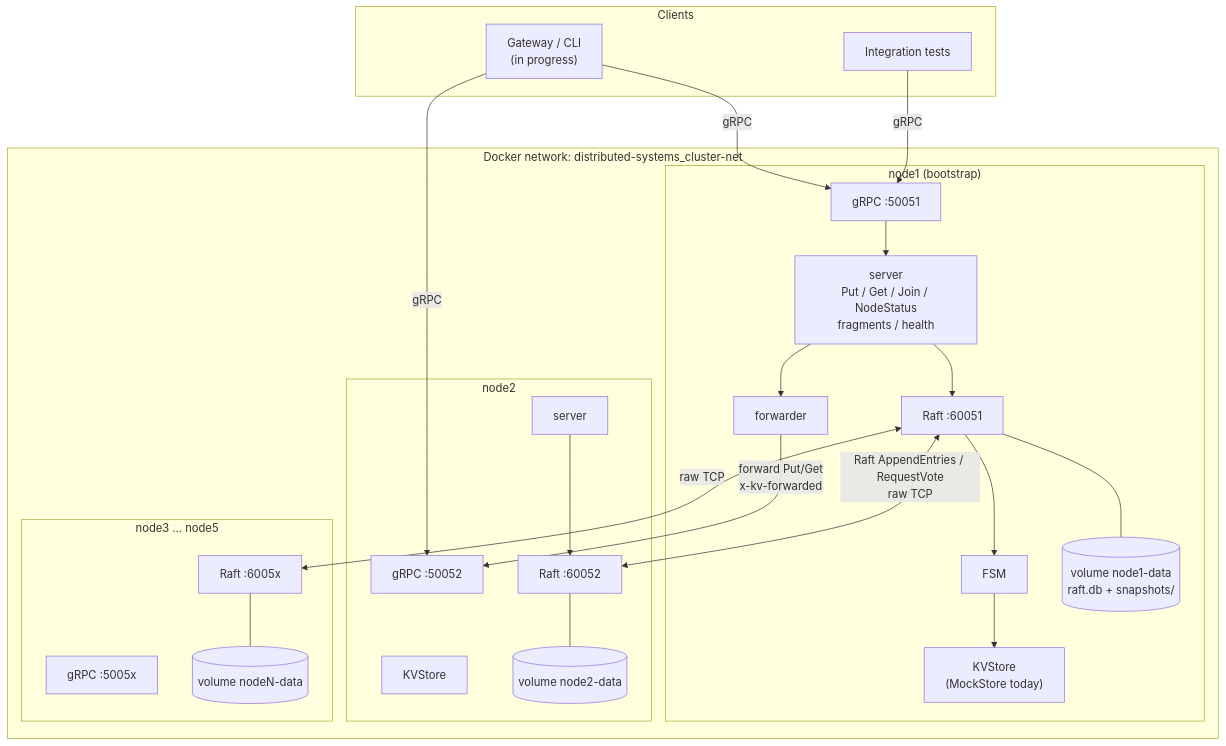
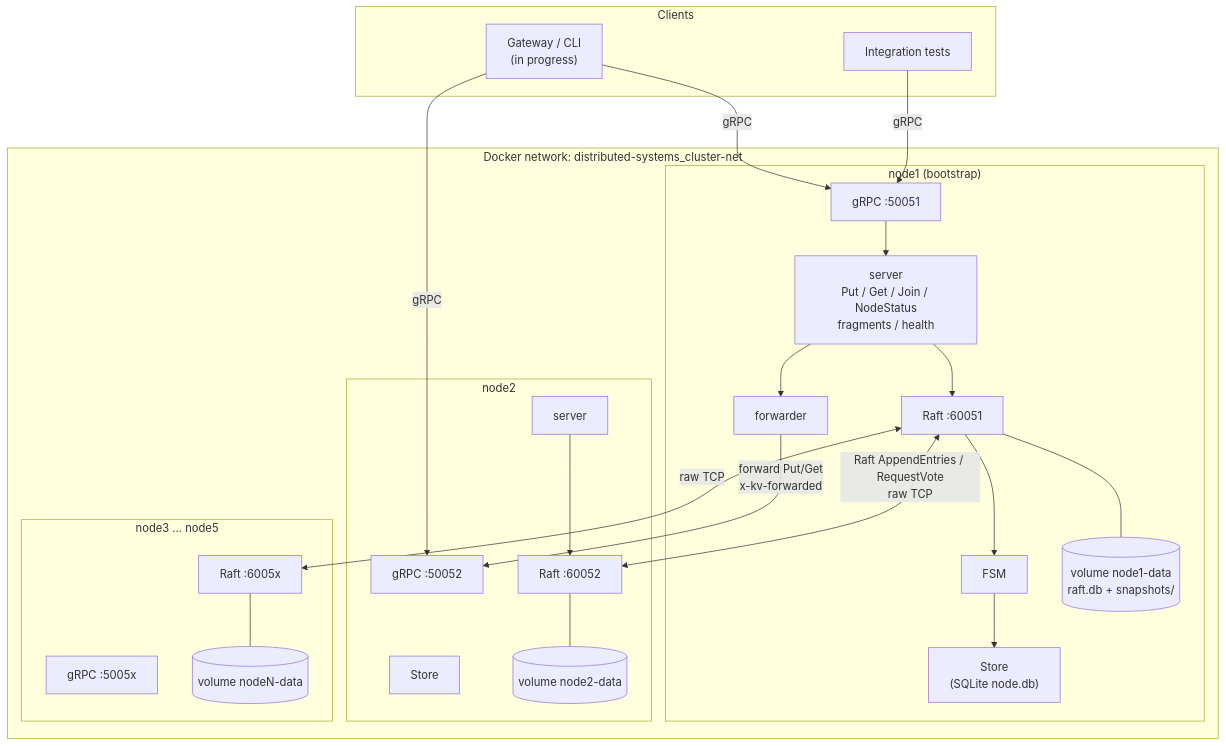
One commit to Jay0496/Distributed-Systems changed the first of 2 diagrams in docs/ARCHITECTURE.md. Above: the diagram before and after it, drawn with Mermaid. The commit also changed other lines of this file and 5 other files, not shown here.

First line of the commit message:
docs(storage): document SQLite schema, snapshots, and shutdown

````diff
--- a/docs/ARCHITECTURE.md
+++ b/docs/ARCHITECTURE.md
@@ -5,45 +5,45 @@
 ```mermaid
 flowchart TB
     subgraph clients["Clients"]
         CLI["Gateway / CLI<br/>(in progress)"]
         TEST["Integration tests"]
     end
 
     subgraph net["Docker network: distributed-systems_cluster-net"]
         subgraph n1["node1 (bootstrap)"]
             G1["gRPC :50051"]
             S1["server<br/>Put / Get / Join / NodeStatus<br/>fragments / health"]
             F1["forwarder"]
             R1["Raft :60051"]
             FSM1["FSM"]
-            ST1["KVStore<br/>(MockStore today)"]
+            ST1["Store<br/>(SQLite node.db)"]
             D1[("volume node1-data<br/>raft.db + snapshots/")]
         end
         subgraph n2["node2"]
             G2["gRPC :50052"]
             S2["server"]
             R2["Raft :60052"]
-            ST2["KVStore"]
+            ST2["Store"]
             D2[("volume node2-data")]
         end
         subgraph nN["node3 ... node5"]
             GN["gRPC :5005x"]
             RN["Raft :6005x"]
             DN[("volume nodeN-data")]
         end
     end
 
     CLI -->|gRPC| G1
     CLI -->|gRPC| G2
     TEST -->|gRPC| G1
     G1 --> S1 --> F1
     S1 --> R1
     R1 --> FSM1 --> ST1
     R1 <-->|"Raft AppendEntries / RequestVote<br/>raw TCP"| R2
     R1 <-->|raw TCP| RN
     R1 --- D1
     R2 --- D2
     RN --- DN
     S2 --> R2
     F1 -->|"forward Put/Get<br/>x-kv-forwarded"| G2
 ```
````
